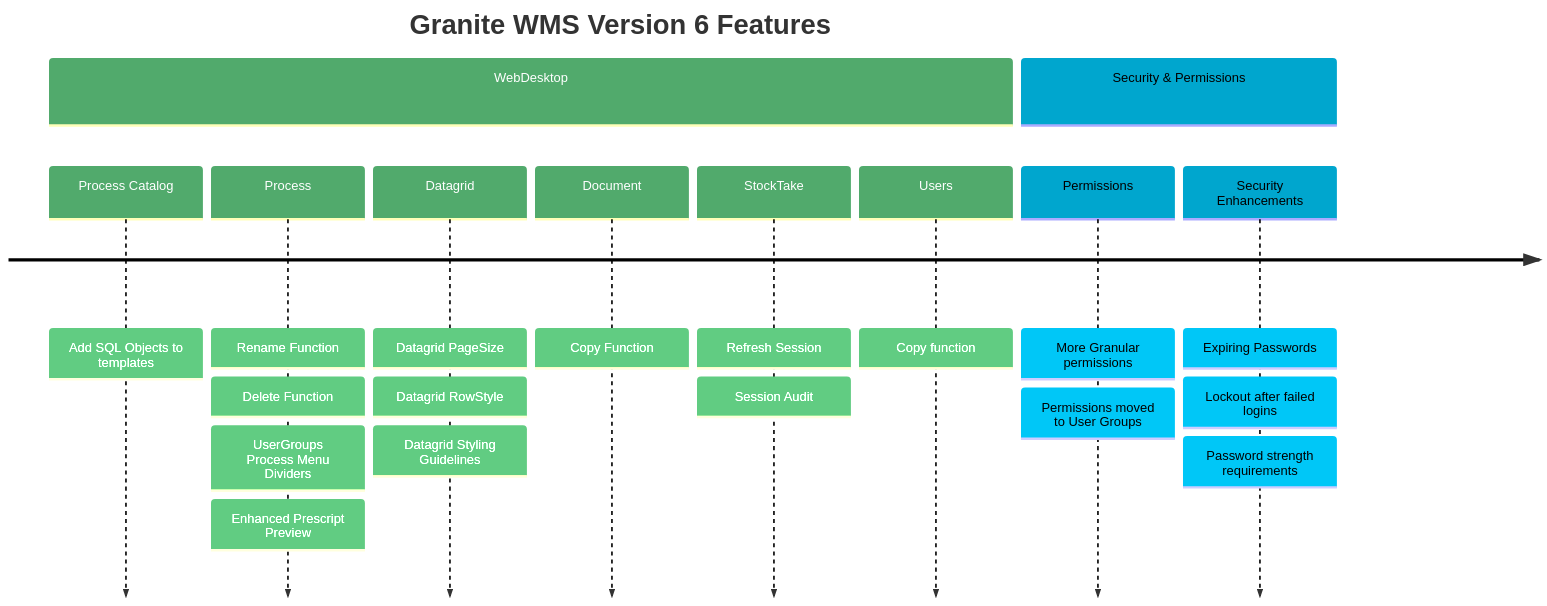
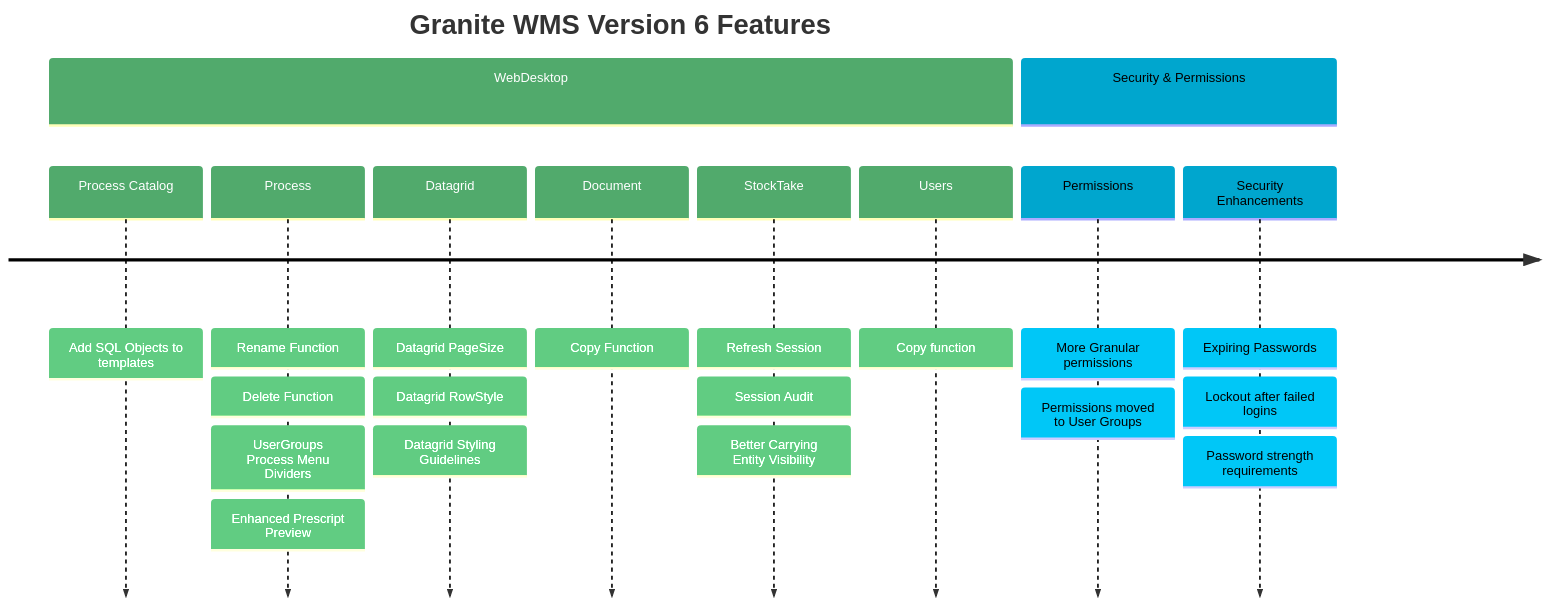
Before and after one commit to GraniteWMS/GraniteDocs: the second of 3 diagrams in docs/updates/V6/cheatsheet.md, drawn with Mermaid. The commit also changed other lines of this file, not shown here.

````diff
--- a/docs/updates/V6/cheatsheet.md
+++ b/docs/updates/V6/cheatsheet.md
@@ -40,27 +41,27 @@
 ```mermaid
 %%{init: { 'logLevel': 'debug', 'theme': 'default' , 'themeVariables': {
               'cScale0': '#51AA6C', 'cScaleLabel0': '#ffffff',
               'cScale1': '#00A6CE',
               'cScale2': '#F24C0D', 'cScaleLabel2': '#ffffff'
        } } }%%
     timeline
         title Granite WMS Version 6 Features
 
         section WebDesktop
 
           Process Catalog : Add SQL Objects to templates
 
           Process : Rename Function:  Delete Function:  UserGroups <br> Process Menu Dividers  : Enhanced Prescript Preview
 
           Datagrid : Datagrid PageSize : Datagrid RowStyle : Datagrid Styling Guidelines
           
           Document : Copy Function
 
-          StockTake : Refresh Session : Session Audit
+          StockTake : Refresh Session : Session Audit : Better Carrying Entity Visibility
 
           Users: Copy function 
 
          section Security & Permissions
           Permissions : More Granular permissions : Permissions moved to User Groups
           Security Enhancements : Expiring Passwords : Lockout after failed logins : Password strength requirements 
 ```
````
